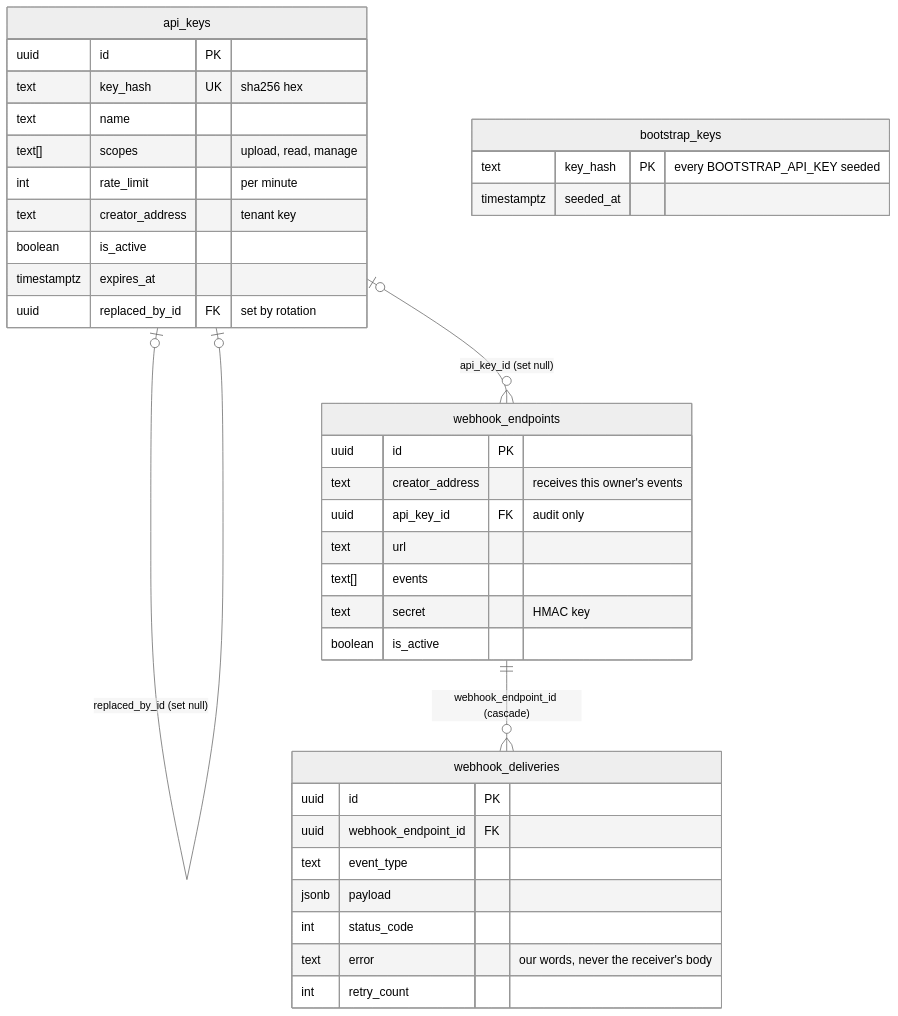
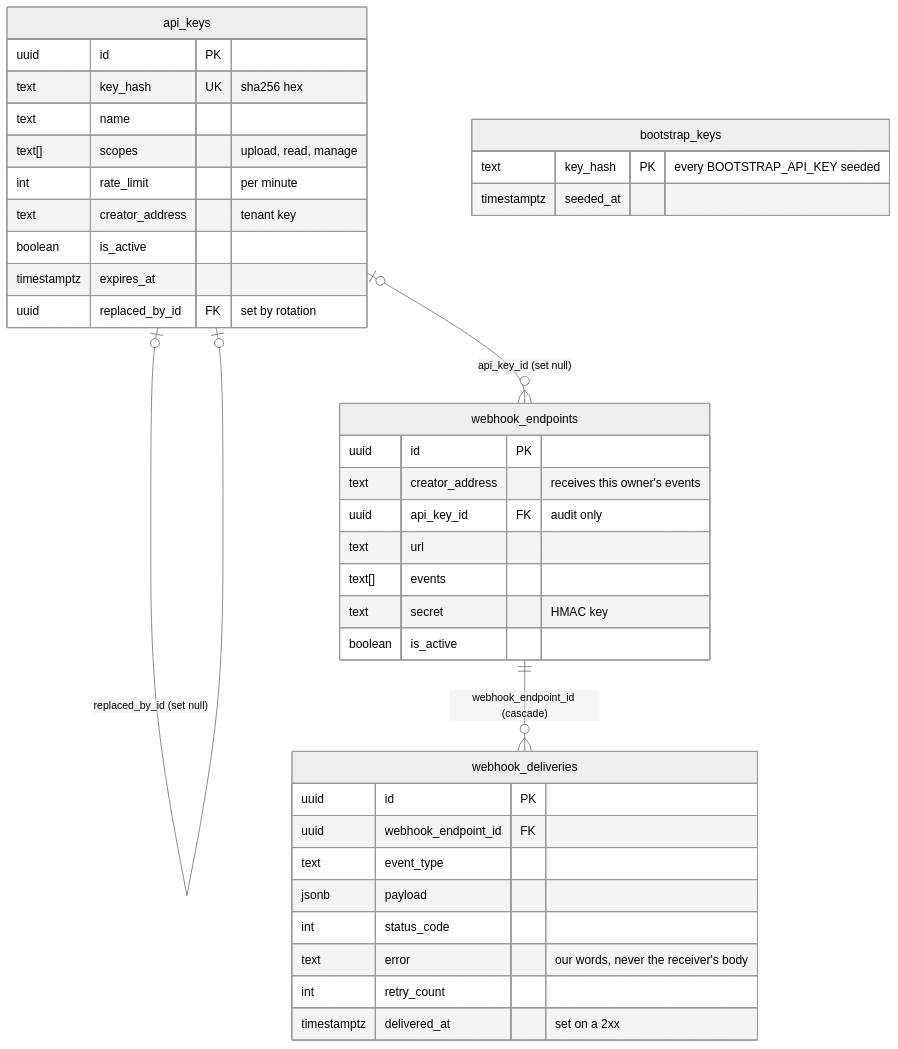
Before and after one commit to justmert/Sluby: the third of 4 diagrams in docs/architecture/data-model.md, drawn with Mermaid (neutral theme). The commit also changed other lines of this file, not shown here.

Commit message:
document delivered_at and the 30 day retention of webhook deliveries

````diff
--- a/docs/architecture/data-model.md
+++ b/docs/architecture/data-model.md
@@ -155,41 +155,42 @@
 ```mermaid
 erDiagram
   direction TB
   api_keys |o--o| api_keys : "replaced_by_id (set null)"
   api_keys |o--o{ webhook_endpoints : "api_key_id (set null)"
   webhook_endpoints ||--o{ webhook_deliveries : "webhook_endpoint_id (cascade)"
 
   api_keys {
     uuid id PK
     text key_hash UK "sha256 hex"
     text name
     text[] scopes "upload, read, manage"
     int rate_limit "per minute"
     text creator_address "tenant key"
     boolean is_active
     timestamptz expires_at
     uuid replaced_by_id FK "set by rotation"
   }
   bootstrap_keys {
     text key_hash PK "every BOOTSTRAP_API_KEY seeded"
     timestamptz seeded_at
   }
   webhook_endpoints {
     uuid id PK
     text creator_address "receives this owner's events"
     uuid api_key_id FK "audit only"
     text url
     text[] events
     text secret "HMAC key"
     boolean is_active
   }
   webhook_deliveries {
     uuid id PK
     uuid webhook_endpoint_id FK
     text event_type
     jsonb payload
     int status_code
     text error "our words, never the receiver's body"
     int retry_count
+    timestamptz delivered_at "set on a 2xx"
   }
 ```
````
